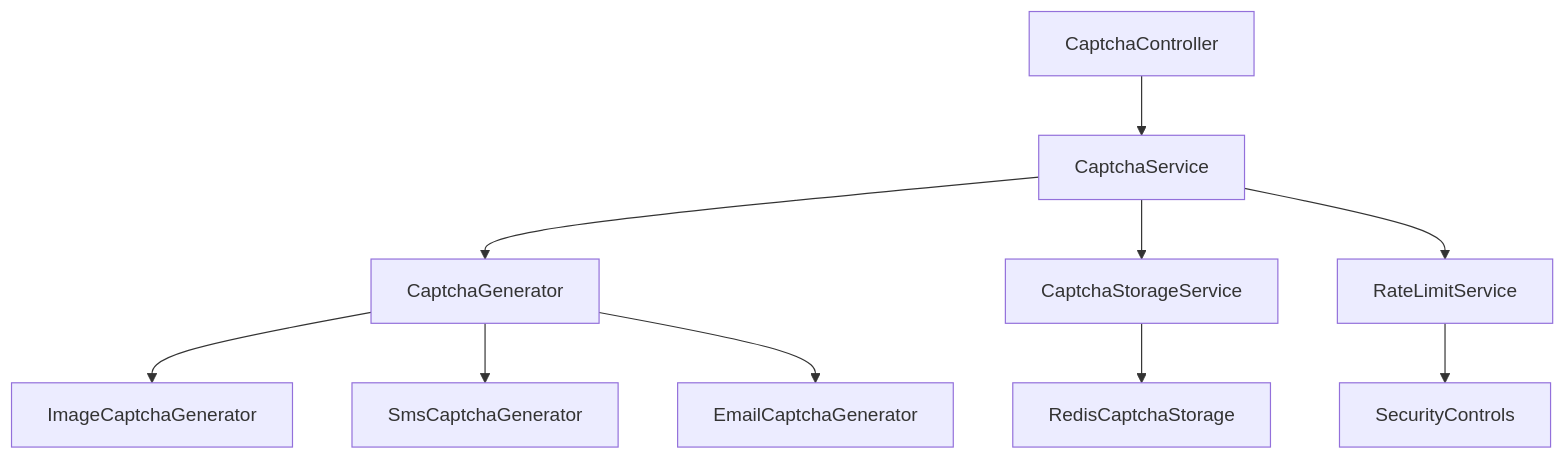
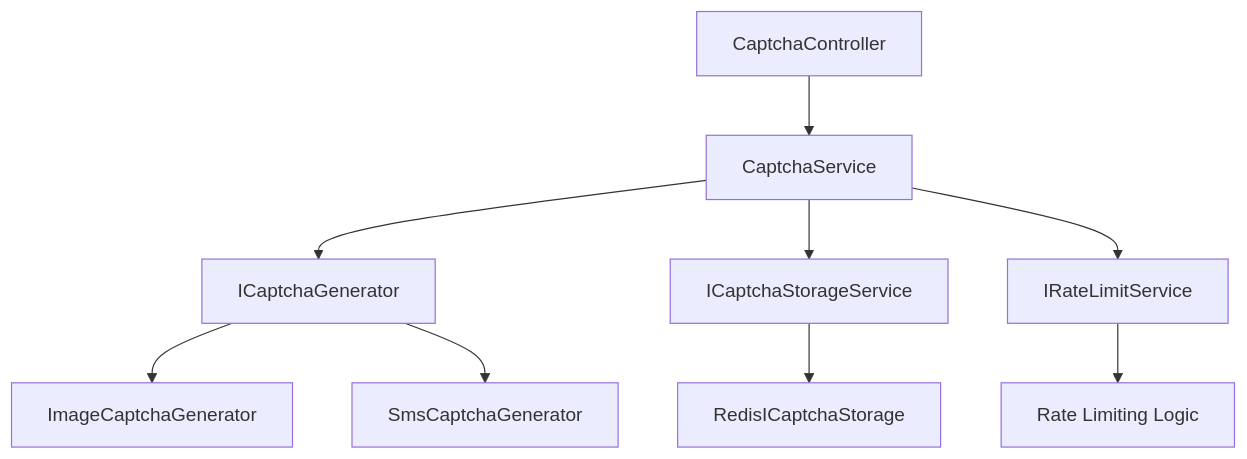
The first of 5 diagrams in CAPTCHA_MODULE_DESIGN.md (opensabre/base-sysadmin), drawn with Mermaid before and after one commit. The commit also changed other lines of this file and 1 other file, not shown here.

Commit message:
Update captcha module design documentation with latest architecture

````diff
--- a/CAPTCHA_MODULE_DESIGN.md
+++ b/CAPTCHA_MODULE_DESIGN.md
@@ -13,12 +13,11 @@
 ```mermaid
 graph TB
     A[CaptchaController] --> B[CaptchaService]
-    B --> C[CaptchaGenerator]
-    B --> D[CaptchaStorageService]
-    B --> E[RateLimitService]
+    B --> C[ICaptchaGenerator]
+    B --> D[ICaptchaStorageService]
+    B --> E[IRateLimitService]
     C --> F[ImageCaptchaGenerator]
     C --> G[SmsCaptchaGenerator]
-    C --> H[EmailCaptchaGenerator]
-    D --> I[RedisCaptchaStorage]
-    E --> J[SecurityControls]
+    D --> I[RedisICaptchaStorage]
+    E --> J[Rate Limiting Logic]
 ```
````
